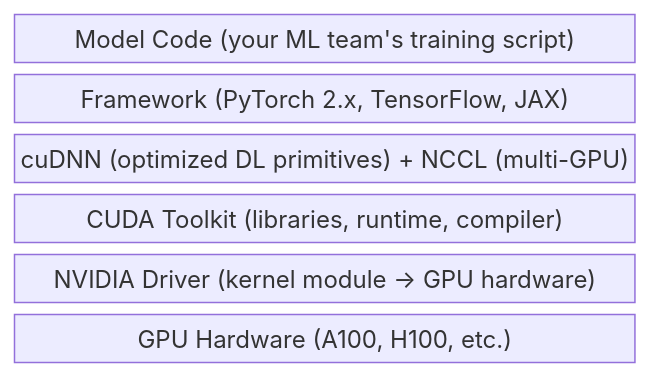
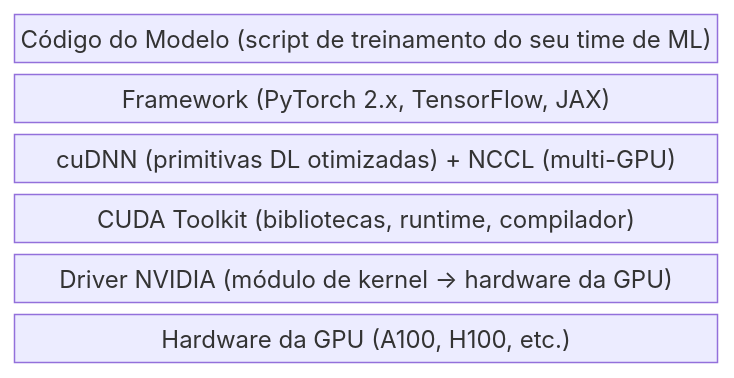
One commit to ricmmartins/ai-for-infra-pros changed the diagram in docs/chapters/04-gpu-deep-dive.md. Above: the diagram before and after it, drawn with Mermaid. The commit also changed other lines of this file and 20 other files, not shown here.

````diff
--- a/docs/chapters/04-gpu-deep-dive.md
+++ b/docs/chapters/04-gpu-deep-dive.md
@@ -230,10 +230,10 @@
 ```mermaid
  block-beta
      columns 1
-     A["Model Code (your ML team's training script)"]
+     A["Código do Modelo (script de treinamento do seu time de ML)"]
      B["Framework (PyTorch 2.x, TensorFlow, JAX)"]
-     C["cuDNN (optimized DL primitives) + NCCL (multi-GPU)"]
-     D["CUDA Toolkit (libraries, runtime, compiler)"]
-     E["NVIDIA Driver (kernel module → GPU hardware)"]
-     F["GPU Hardware (A100, H100, etc.)"]
+     C["cuDNN (primitivas DL otimizadas) + NCCL (multi-GPU)"]
+     D["CUDA Toolkit (bibliotecas, runtime, compilador)"]
+     E["Driver NVIDIA (módulo de kernel → hardware da GPU)"]
+     F["Hardware da GPU (A100, H100, etc.)"]
 ```
````
